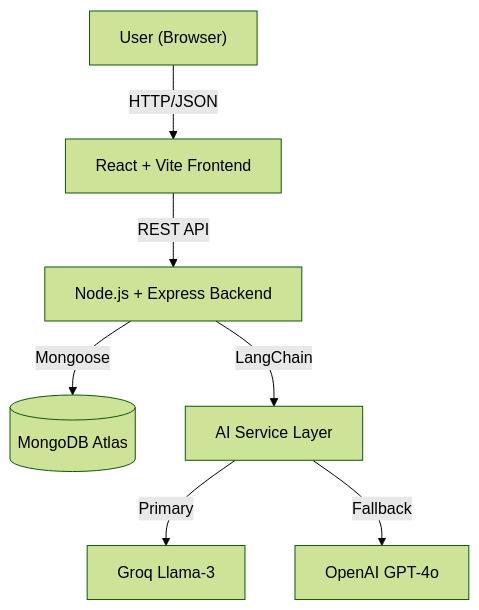
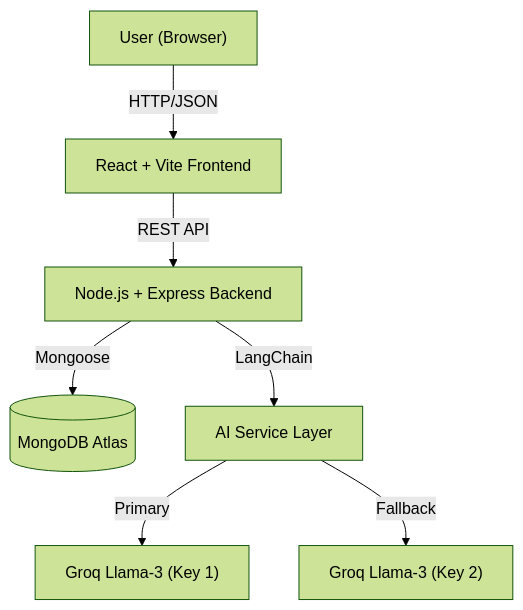
Before and after one commit to CyberShadowSensei/Project-Manager-AI-Agent: the diagram in README.md, drawn with Mermaid (forest theme). The commit also changed other lines of this file, not shown here.

````diff
--- a/README.md
+++ b/README.md
@@ -45,9 +48,9 @@
 ```mermaid
 graph TD
     User["User (Browser)"] -->|HTTP/JSON| Frontend["React + Vite Frontend"]
     Frontend -->|REST API| Backend["Node.js + Express Backend"]
     Backend -->|Mongoose| DB[("MongoDB Atlas")]
     Backend -->|LangChain| AIService["AI Service Layer"]
-    AIService -->|Primary| Groq["Groq Llama-3"]
-    AIService -->|Fallback| OpenAI["OpenAI GPT-4o"]
+    AIService -->|Primary| Groq1["Groq Llama-3 (Key 1)"]
+    AIService -->|Fallback| Groq2["Groq Llama-3 (Key 2)"]
 ```
````
